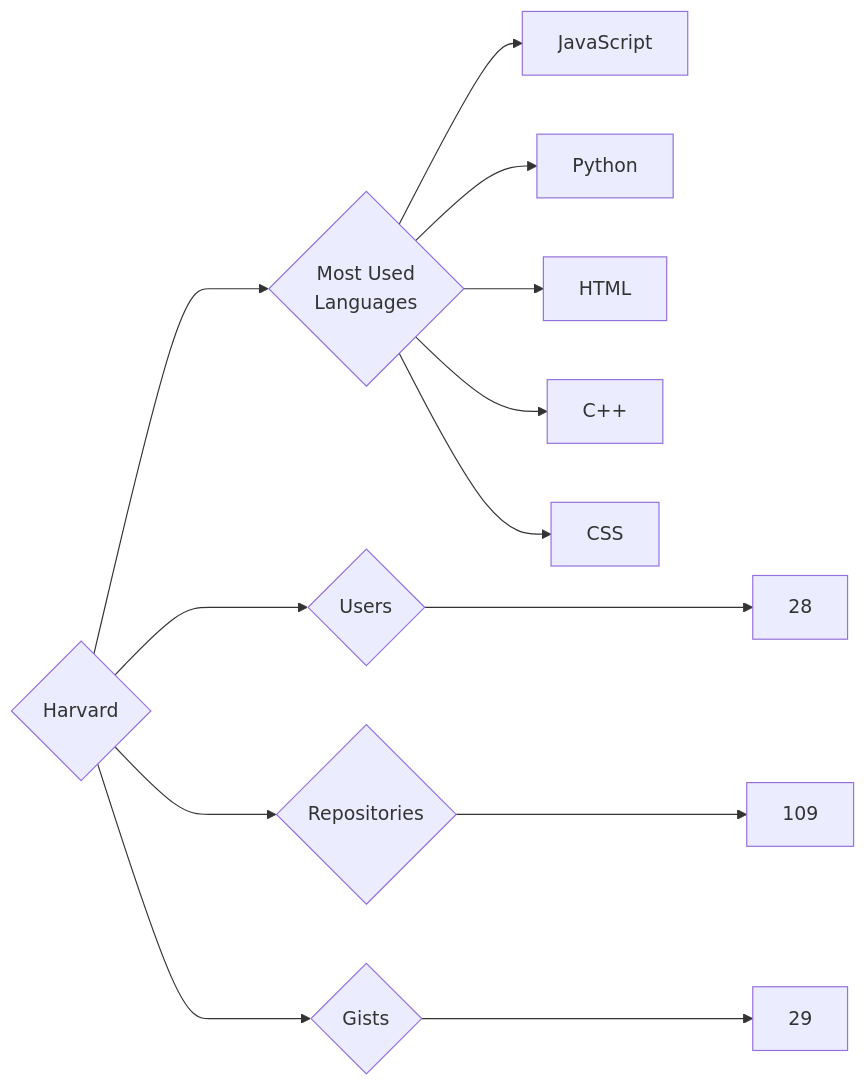
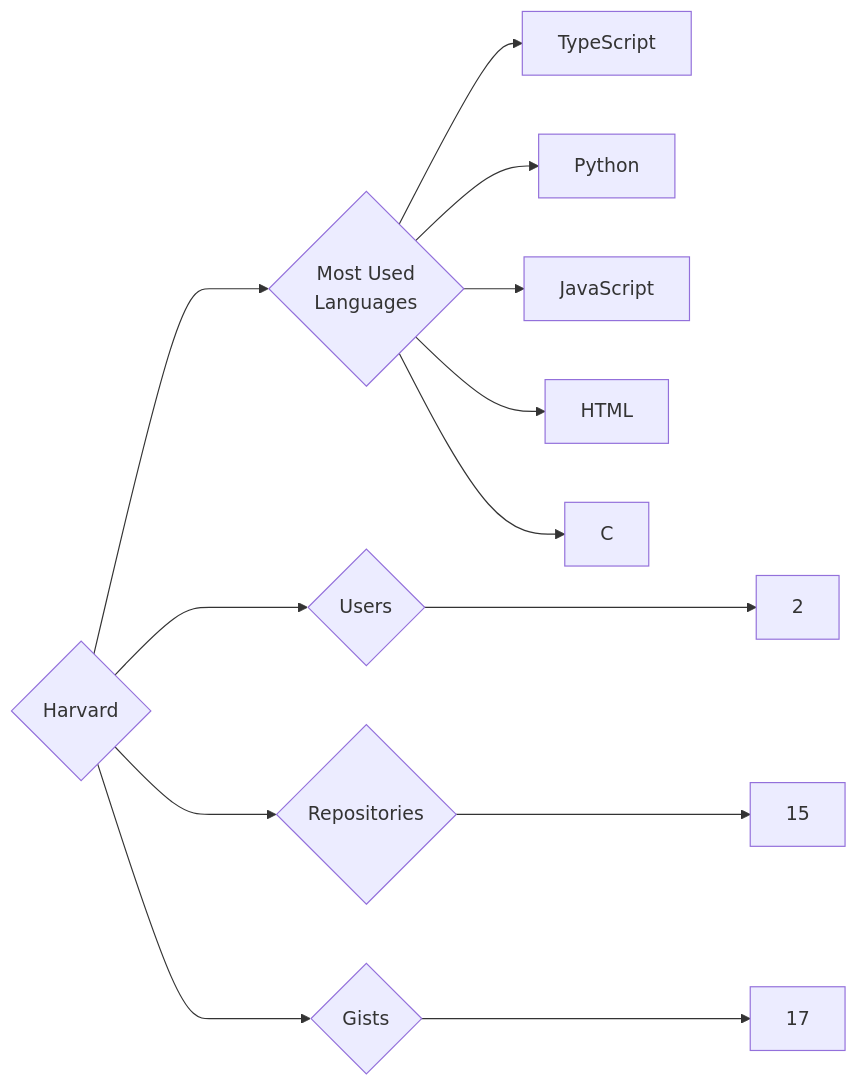
The diagram in targets/Harvard/README.md (trickest/insiders), drawn with Mermaid before and after one commit. The commit also changed 657 other files, not shown here.

````diff
--- a/targets/Harvard/README.md
+++ b/targets/Harvard/README.md
@@ -3,13 +3,13 @@
 ```mermaid
 graph LR
 COMPANY_NAME{Harvard}
-COMPANY_NAME ---> U{Users} ---> UN[28]
-COMPANY_NAME ---> R{Repositories} ---> RN[109]
-COMPANY_NAME ---> G{Gists} ---> GN[29]
+COMPANY_NAME ---> U{Users} ---> UN[2]
+COMPANY_NAME ---> R{Repositories} ---> RN[15]
+COMPANY_NAME ---> G{Gists} ---> GN[17]
 COMPANY_NAME ---> ML{Most Used<br>Languages}
+ML --> TypeScript[TypeScript]
+ML --> Python[Python]
 ML --> JavaScript[JavaScript]
-ML --> Python[Python]
 ML --> HTML[HTML]
-ML --> C++[C++]
-ML --> CSS[CSS]
+ML --> C[C]
 ```
````
